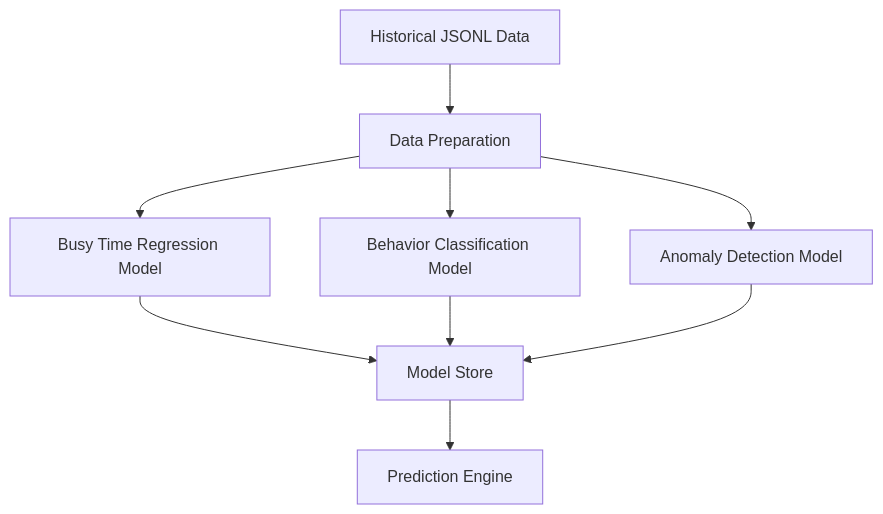
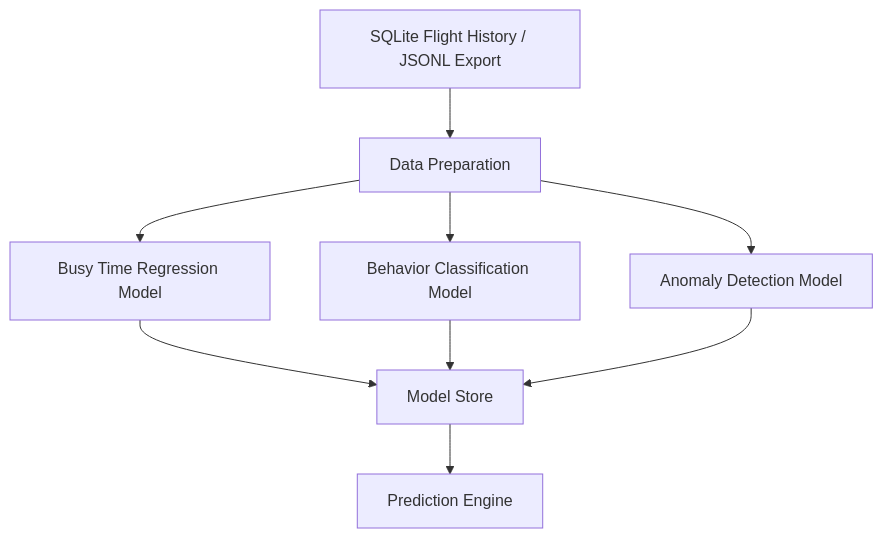
One commit to supernachos57/sky_pattern_hunter changed the second of 7 diagrams in docs/architecture/living-architecture.md. Above: the diagram before and after it, drawn with Mermaid. The commit also changed other lines of this file and 16 other files, not shown here.

Commit message:
Add SQLite flight history (#50)

````diff
--- a/docs/architecture/living-architecture.md
+++ b/docs/architecture/living-architecture.md
@@ -78,13 +78,13 @@
 ```mermaid
 flowchart TD
-    JsonData["Historical JSONL Data"] --> PrepData["Data Preparation"]
+    FlightData["SQLite Flight History / JSONL Export"] --> PrepData["Data Preparation"]
     PrepData --> BusyModel["Busy Time Regression Model"]
     PrepData --> BehaviorModel["Behavior Classification Model"]
     PrepData --> AnomalyModel["Anomaly Detection Model"]
 
     BusyModel --> ModelStore["Model Store"]
     BehaviorModel --> ModelStore
     AnomalyModel --> ModelStore
 
     ModelStore --> PredictEngine["Prediction Engine"]
 ```
````
